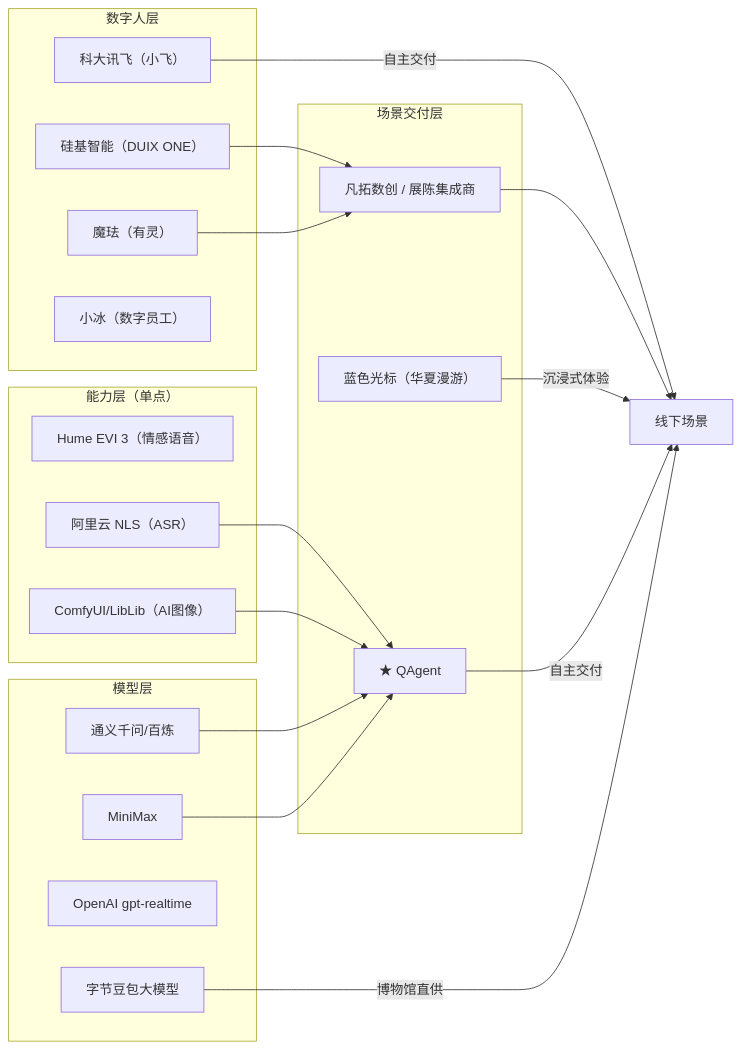
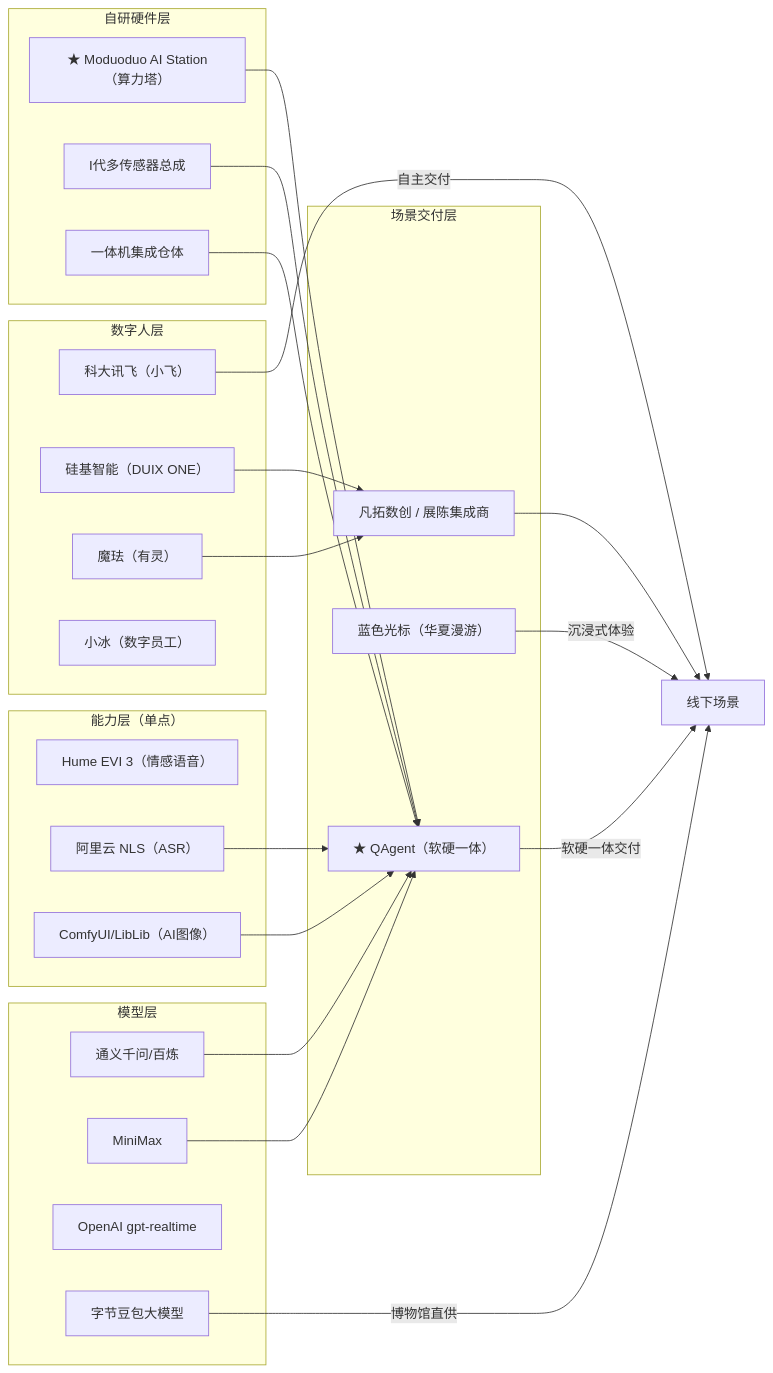
Before and after one commit to Meng9zzg/Moduoduo-Roadmap: the second of 2 diagrams in Q Agent/QAgent技术资产与平台复用盘点.md, drawn with Mermaid. The commit also changed other lines of this file and 96 other files, not shown here.

````diff
--- a/Q Agent/QAgent技术资产与平台复用盘点.md
+++ b/Q Agent/QAgent技术资产与平台复用盘点.md
@@ -792,40 +1057,49 @@
 ```mermaid
 flowchart LR
     subgraph 模型层["模型层"]
         A1["通义千问/百炼"]
         A2["MiniMax"]
         A3["OpenAI gpt-realtime"]
         A4["字节豆包大模型"]
     end
 
     subgraph 能力层["能力层（单点）"]
         B1["Hume EVI 3（情感语音）"]
         B2["阿里云 NLS（ASR）"]
         B3["ComfyUI/LibLib（AI图像）"]
     end
 
     subgraph 数字人层["数字人层"]
         C1["科大讯飞（小飞）"]
         C2["硅基智能（DUIX ONE）"]
         C3["魔珐（有灵）"]
         C4["小冰（数字员工）"]
     end
 
+    subgraph 硬件层["自研硬件层"]
+        H1["★ Moduoduo AI Station（算力塔）"]
+        H2["I代多传感器总成"]
+        H3["一体机集成仓体"]
+    end
+
     subgraph 场景交付层["场景交付层"]
-        D1["★ QAgent"]
+        D1["★ QAgent（软硬一体）"]
         D2["蓝色光标（华夏漫游）"]
         D3["凡拓数创 / 展陈集成商"]
     end
 
     A1 --> D1
     A2 --> D1
     A4 -->|"博物馆直供"| E["线下场景"]
     B2 --> D1
     B3 --> D1
+    H1 --> D1
+    H2 --> D1
+    H3 --> D1
     C1 -->|"自主交付"| E
     C2 --> D3
     C3 --> D3
-    D1 -->|"自主交付"| E
+    D1 -->|"软硬一体交付"| E
     D2 -->|"沉浸式体验"| E
     D3 --> E
 ```
````
